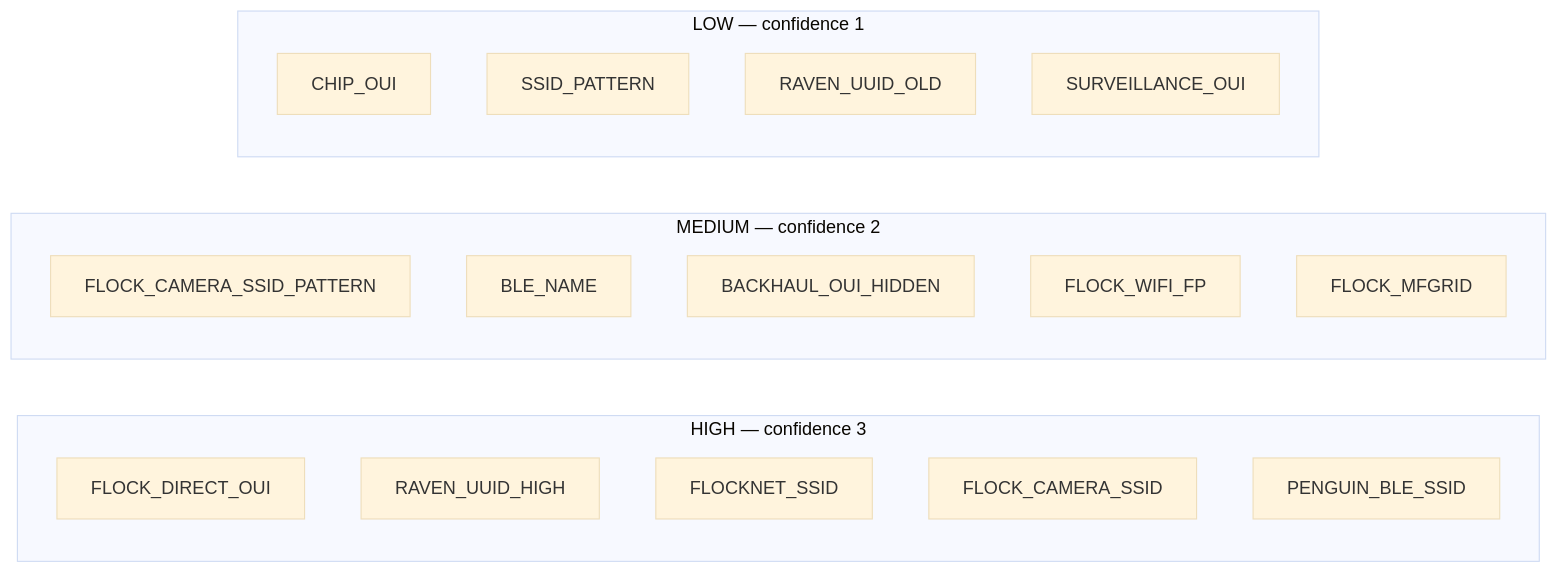
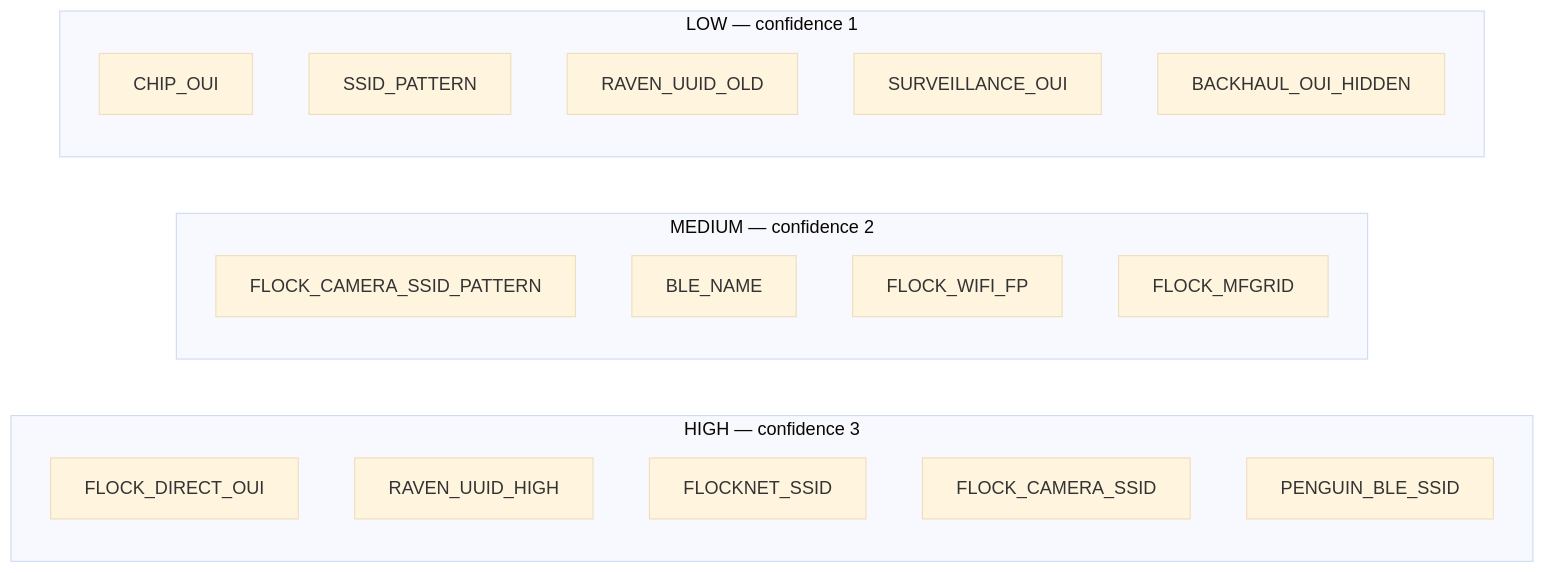
Before and after one commit to thehappydinoa/flockdar: the first of 2 diagrams in README.md, drawn with Mermaid (base theme). The commit also changed other lines of this file and 4 other files, not shown here.

````diff
--- a/README.md
+++ b/README.md
@@ -131,23 +131,23 @@
 ```mermaid
 graph LR
     subgraph HIGH["HIGH — confidence 3"]
         A[FLOCK_DIRECT_OUI]
         B[RAVEN_UUID_HIGH]
         C[FLOCKNET_SSID]
         D[FLOCK_CAMERA_SSID]
         E[PENGUIN_BLE_SSID]
     end
     subgraph MED["MEDIUM — confidence 2"]
         F[FLOCK_CAMERA_SSID_PATTERN]
         G[BLE_NAME]
-        H[BACKHAUL_OUI_HIDDEN]
         I[FLOCK_WIFI_FP]
         J[FLOCK_MFGRID]
     end
     subgraph LOW["LOW — confidence 1"]
         K[CHIP_OUI]
         L[SSID_PATTERN]
         M[RAVEN_UUID_OLD]
         N[SURVEILLANCE_OUI]
+        H[BACKHAUL_OUI_HIDDEN]
     end
 ```
````
